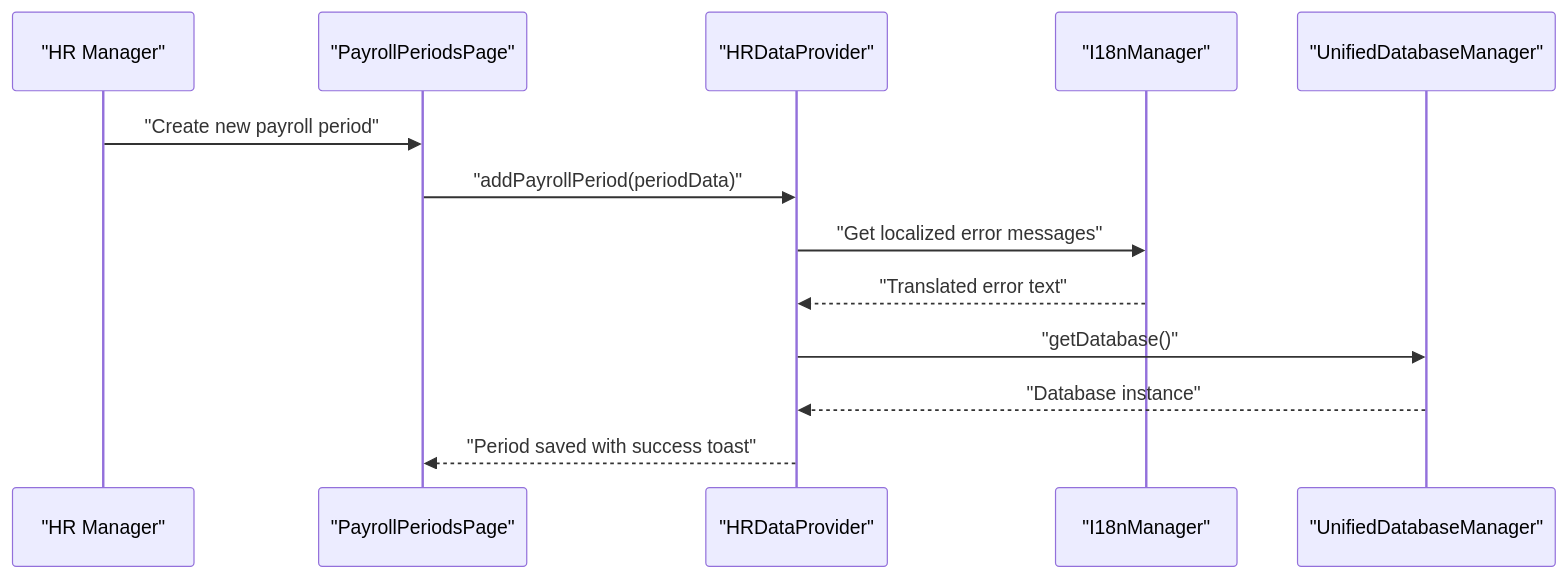
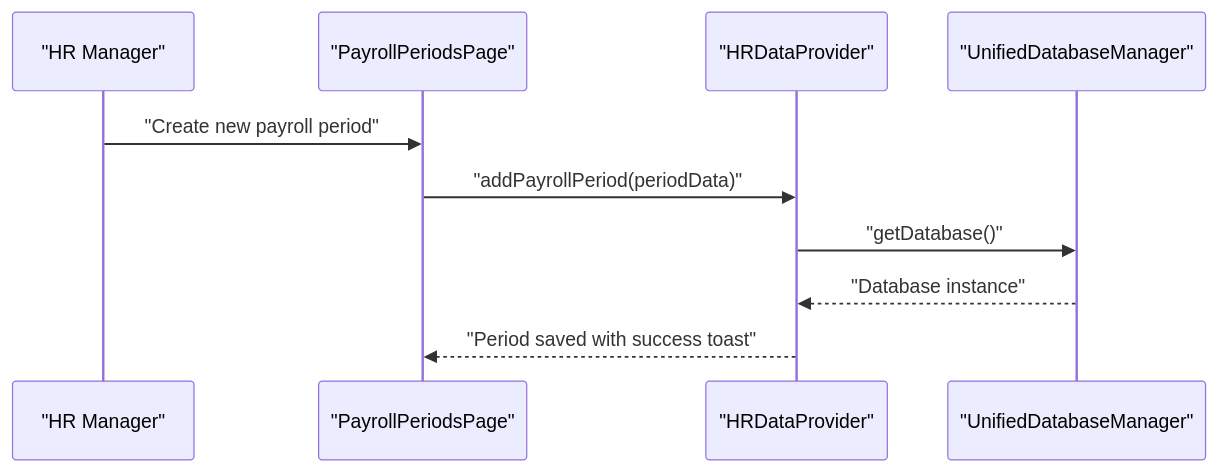
The eighth of 11 diagrams in .qoder/repowiki/en/content/Modules System/HR Module.md (geniusdynamics/schoolpilot), drawn with Mermaid before and after one commit. The commit also changed other lines of this file and 311 other files, not shown here.

````diff
--- a/.qoder/repowiki/en/content/Modules System/HR Module.md
+++ b/.qoder/repowiki/en/content/Modules System/HR Module.md
@@ -541,15 +340,12 @@
 ```mermaid
 sequenceDiagram
 participant Admin as "HR Manager"
 participant Periods as "PayrollPeriodsPage"
 participant Facade as "HRDataProvider"
-participant I18n as "I18nManager"
 participant DB as "UnifiedDatabaseManager"
 Admin->>Periods : "Create new payroll period"
 Periods->>Facade : "addPayrollPeriod(periodData)"
-Facade->>I18n : "Get localized error messages"
-I18n-->>Facade : "Translated error text"
 Facade->>DB : "getDatabase()"
 DB-->>Facade : "Database instance"
 Facade-->>Periods : "Period saved with success toast"
 ```
````
